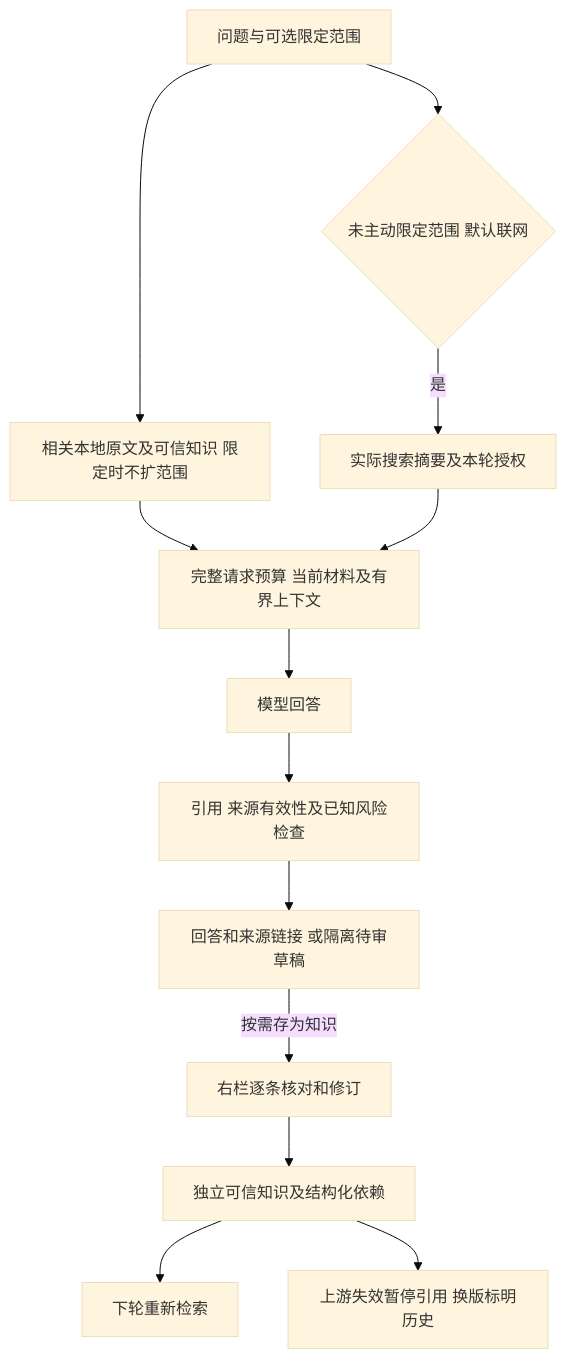
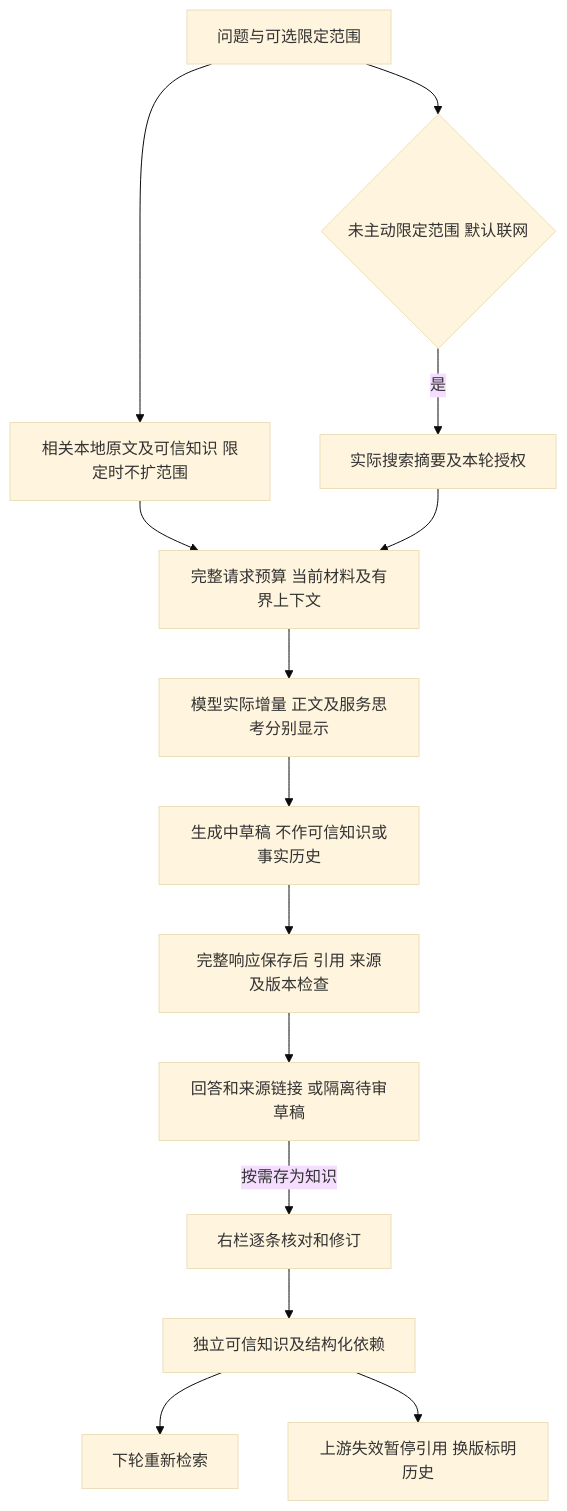
One commit to kingjone0/litprism changed the first of 2 diagrams in docs/modules/04-检索问答与研究.md. Above: the diagram before and after it, drawn with Mermaid (base theme). The commit also changed other lines of this file and 41 other files, not shown here.

````diff
--- a/docs/modules/04-检索问答与研究.md
+++ b/docs/modules/04-检索问答与研究.md
@@ -9,15 +9,16 @@
 ```mermaid
 flowchart TD
     Q[问题与可选限定范围] --> L[相关本地原文及可信知识 限定时不扩范围]
     Q --> W{未主动限定范围 默认联网}
     W -->|是| X[实际搜索摘要及本轮授权]
     L --> B[完整请求预算 当前材料及有界上下文]
     X --> B
-    B --> M[模型回答]
-    M --> V[引用 来源有效性及已知风险检查]
+    B --> M[模型实际增量 正文及服务思考分别显示]
+    M --> D[生成中草稿 不作可信知识或事实历史]
+    D --> V[完整响应保存后 引用 来源及版本检查]
     V --> A[回答和来源链接 或隔离待审草稿]
     A -->|按需存为知识| H[右栏逐条核对和修订]
     H --> K[独立可信知识及结构化依赖]
     K --> N[下轮重新检索]
     K --> C[上游失效暂停引用 换版标明历史]
 ```
````
